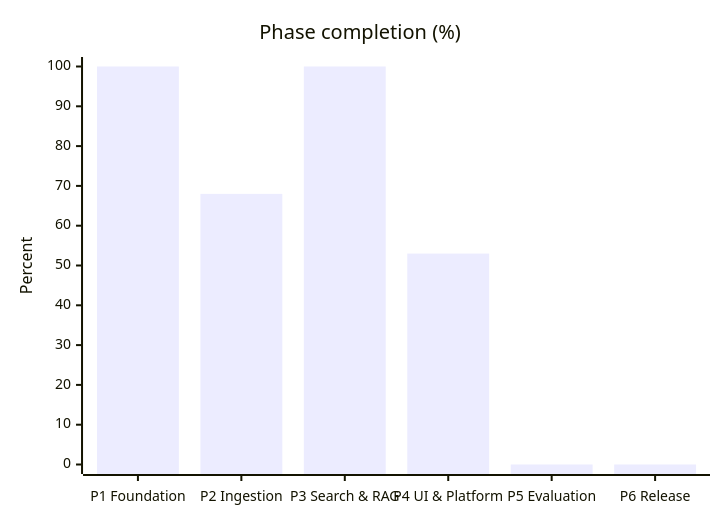
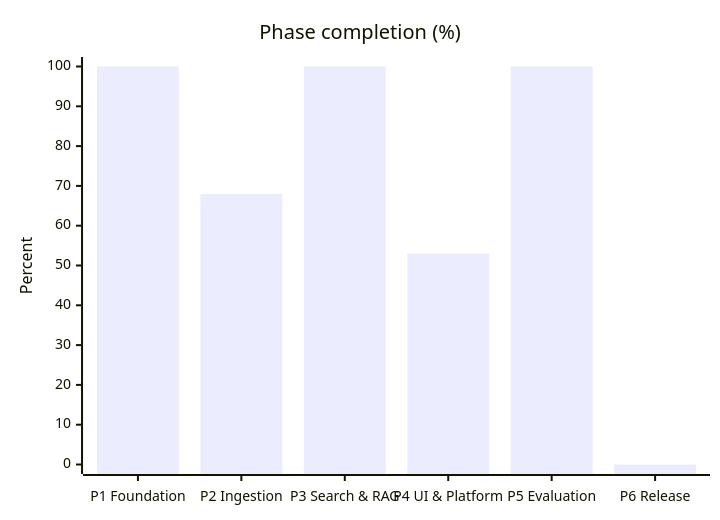
One commit to artis2021/Drishti changed the diagram in docs/IMPLEMENTATION_STATUS.md. Above: the diagram before and after it, drawn with Mermaid. The commit also changed other lines of this file and 13 other files, not shown here.

````diff
--- a/docs/IMPLEMENTATION_STATUS.md
+++ b/docs/IMPLEMENTATION_STATUS.md
@@ -34,7 +34,7 @@
 ```mermaid
 xychart-beta
     title "Phase completion (%)"
     x-axis ["P1 Foundation", "P2 Ingestion", "P3 Search & RAG", "P4 UI & Platform", "P5 Evaluation", "P6 Release"]
     y-axis "Percent" 0 --> 100
-    bar [100, 68, 100, 53, 0, 0]
+    bar [100, 68, 100, 53, 100, 0]
 ```
````
